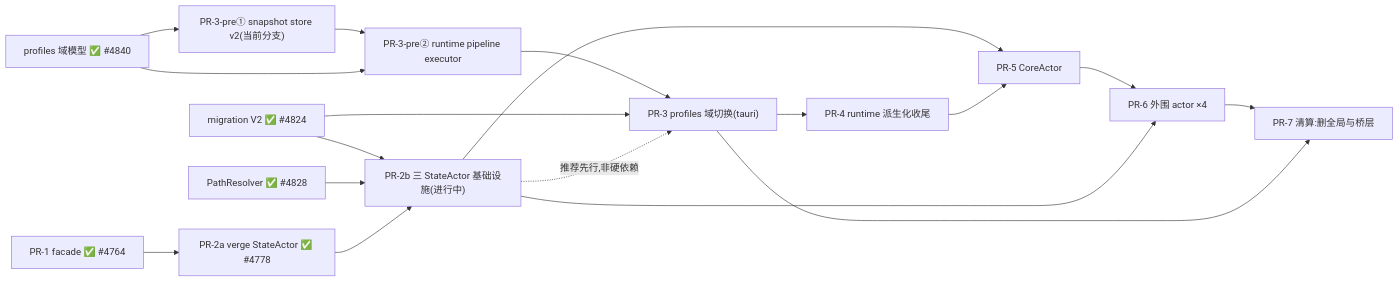
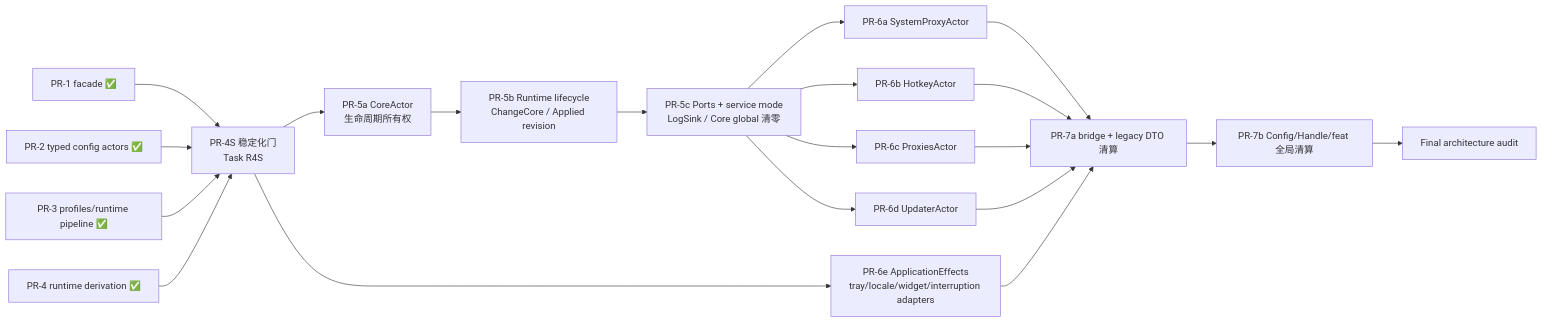
Before and after one commit to libnyanpasu/clash-nyanpasu: the diagram in docs/design/actor-migration-roadmap.md, drawn with Mermaid. The commit also changed other lines of this file and 2 other files, not shown here.

First line of the commit message:
docs(architecture): define PR-4S stabilization gate

````diff
--- a/docs/design/actor-migration-roadmap.md
+++ b/docs/design/actor-migration-roadmap.md
@@ -418,20 +158,25 @@
 ```mermaid
 flowchart LR
-  PR1["PR-1 facade ✅ #4764"] --> PR2a["PR-2a verge StateActor ✅ #4778"]
-  MIG["migration V2 ✅ #4824"] --> PR2b
-  PATH["PathResolver ✅ #4828"] --> PR2b
-  PR2a --> PR2b["PR-2b 三 StateActor 基础设施(进行中)"]
-  P3P1["PR-3-pre① snapshot store v2(当前分支)"] --> P3P2
-  MODEL["profiles 域模型 ✅ #4840"] --> P3P1
-  MODEL --> P3P2["PR-3-pre② runtime pipeline executor"]
-  P3P2 --> PR3["PR-3 profiles 域切换(tauri)"]
-  MIG --> PR3
-  PR2b -. 推荐先行,非硬依赖 .-> PR3
-  PR3 --> PR4["PR-4 runtime 派生化收尾"]
-  PR2b --> PR5["PR-5 CoreActor"]
-  PR4 --> PR5
-  PR5 --> PR6["PR-6 外围 actor ×4"]
-  PR2b --> PR6
-  PR6 --> PR7["PR-7 清算:删全局与桥层"]
-  PR3 --> PR7
+  P1["PR-1 facade ✅"] --> S
+  P2["PR-2 typed config actors ✅"] --> S
+  P3["PR-3 profiles/runtime pipeline ✅"] --> S
+  P4["PR-4 runtime derivation ✅"] --> S
+
+  S["PR-4S 稳定化门\nTask R4S"] --> P5A["PR-5a CoreActor\n生命周期所有权"]
+  P5A --> P5B["PR-5b Runtime lifecycle\nChangeCore / Applied revision"]
+  P5B --> P5C["PR-5c Ports + service mode\nLogSink / Core global 清零"]
+
+  P5C --> P6A["PR-6a SystemProxyActor"]
+  P5C --> P6B["PR-6b HotkeyActor"]
+  P5C --> P6C["PR-6c ProxiesActor"]
+  P5C --> P6D["PR-6d UpdaterActor"]
+  S --> P6E["PR-6e ApplicationEffects\ntray/locale/widget/interruption adapters"]
+
+  P6A --> P7A
+  P6B --> P7A
+  P6C --> P7A
+  P6D --> P7A
+  P6E --> P7A
+  P7A["PR-7a bridge + legacy DTO 清算"] --> P7B["PR-7b Config/Handle/feat 全局清算"]
+  P7B --> FINAL["Final architecture audit"]
 ```
````
